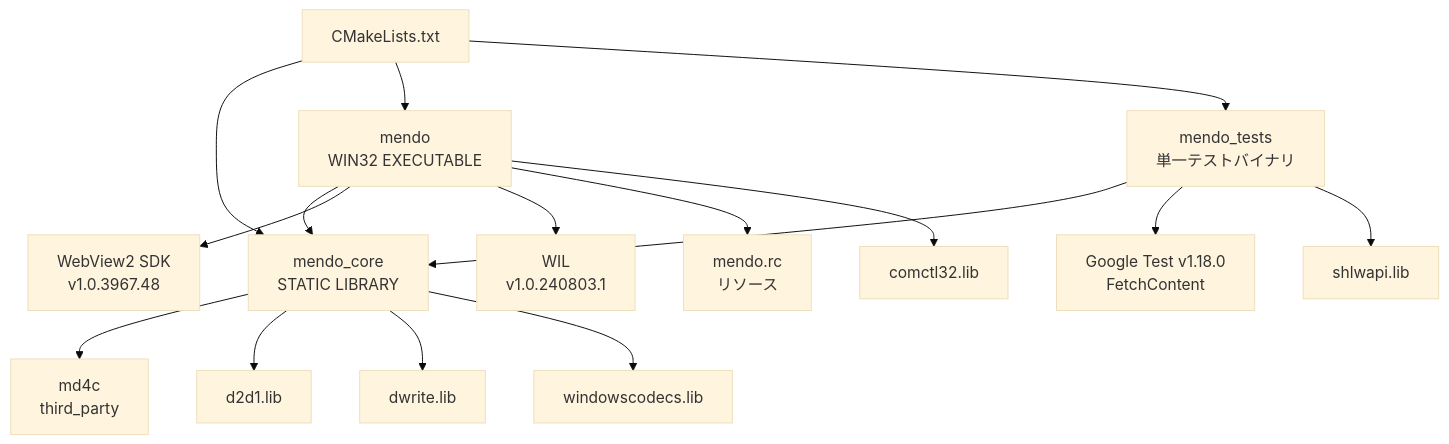
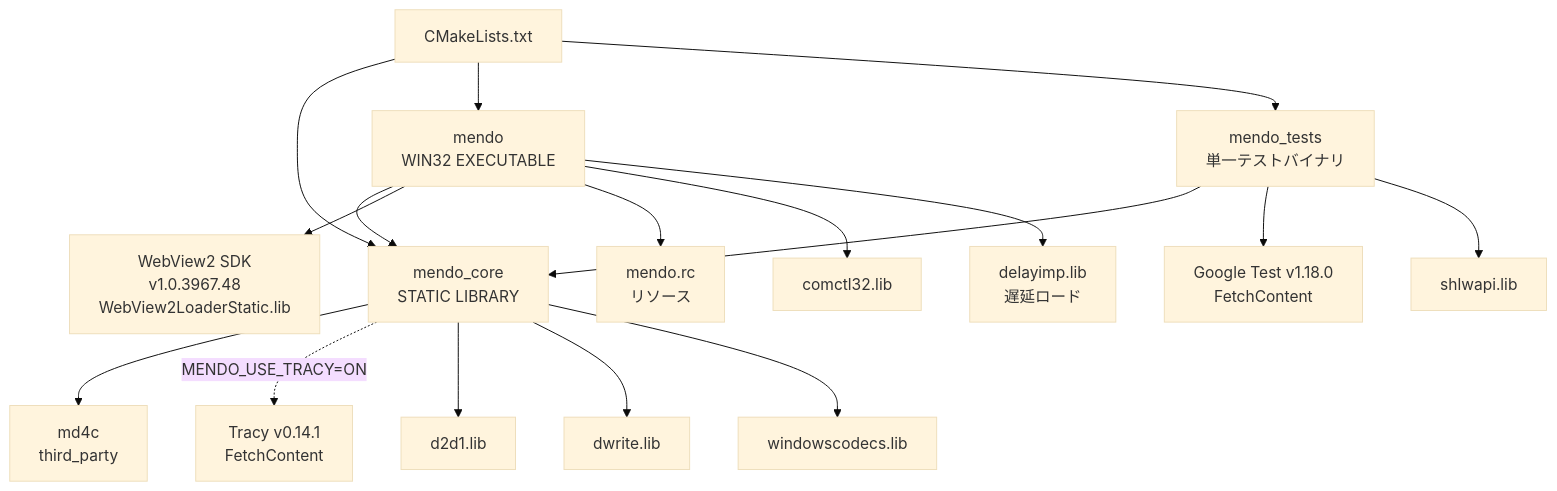
Before and after one commit to tanaton/mendo: diagram 20 of 27 in example/test.md, drawn with Mermaid (base theme). The commit also changed other lines of this file and 2 other files, not shown here.

````diff
--- a/example/test.md
+++ b/example/test.md
@@ -3048,20 +3222,21 @@
 ```mermaid
 graph TD
     ROOT[CMakeLists.txt] --> CORE[mendo_core<br>STATIC LIBRARY]
     ROOT --> EXE[mendo<br>WIN32 EXECUTABLE]
     ROOT --> TEST[mendo_tests<br>単一テストバイナリ]
 
     CORE --> MD4C[md4c<br>third_party]
+    CORE -.->|MENDO_USE_TRACY=ON| TRACY[Tracy v0.14.1<br>FetchContent]
     EXE --> CORE
-    EXE --> WV2[WebView2 SDK<br>v1.0.3967.48]
-    EXE --> WIL[WIL<br>v1.0.240803.1]
+    EXE --> WV2[WebView2 SDK<br>v1.0.3967.48<br>WebView2LoaderStatic.lib]
     EXE --> RC[mendo.rc<br>リソース]
     TEST --> CORE
     TEST --> GTEST[Google Test v1.18.0<br>FetchContent]
     TEST --> SHLWAPI[shlwapi.lib]
 
     CORE --> D2D1[d2d1.lib]
     CORE --> DWRITE[dwrite.lib]
     CORE --> WIC_LIB[windowscodecs.lib]
     EXE --> COMCTL[comctl32.lib]
+    EXE --> DELAY[delayimp.lib<br>遅延ロード]
 ```
````
